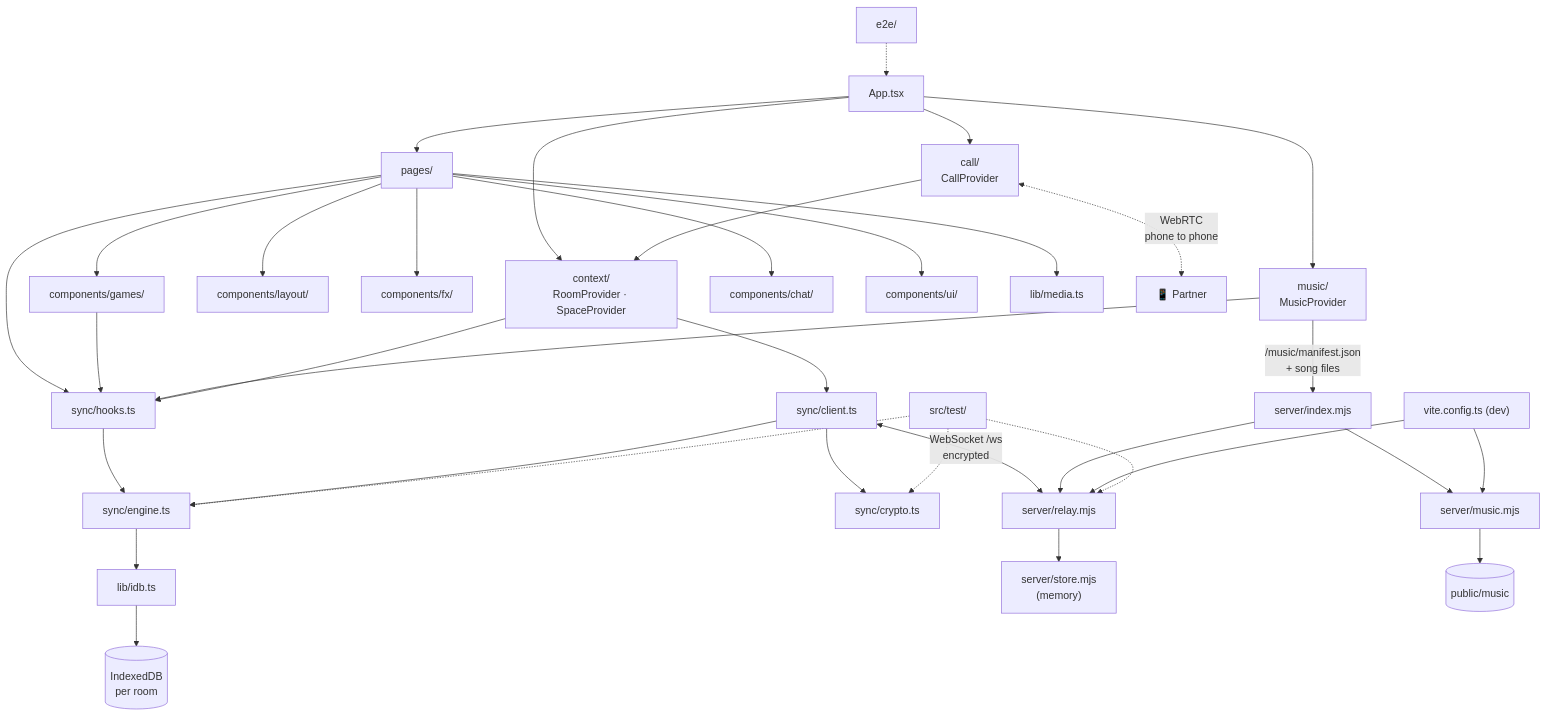
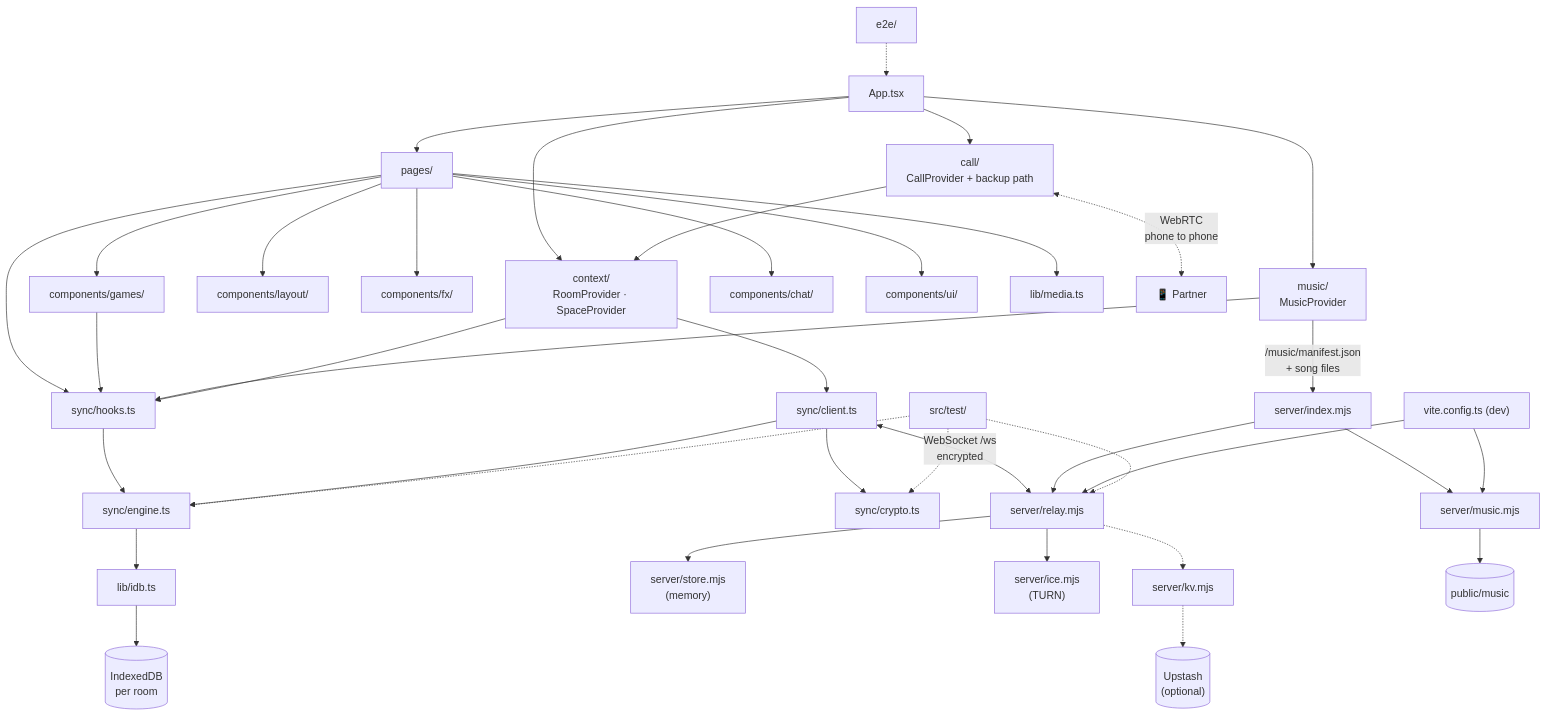
The second of 2 diagrams in front-end/doc/05-directory-map.md (silent-coder-dev/private-space), drawn with Mermaid before and after one commit. The commit also changed other lines of this file and 78 other files, not shown here.

````diff
--- a/front-end/doc/05-directory-map.md
+++ b/front-end/doc/05-directory-map.md
@@ -244,37 +261,39 @@
 ```mermaid
 flowchart TD
     App["App.tsx"] --> Context["context/<br/>RoomProvider · SpaceProvider"]
-    App --> Call["call/<br/>CallProvider"]
+    App --> Call["call/<br/>CallProvider + backup path"]
     App --> Music["music/<br/>MusicProvider"]
     App --> Pages["pages/"]
     Pages --> Layout["components/layout/"]
     Pages --> FX["components/fx/"]
     Pages --> Games["components/games/"]
     Pages --> Cam["components/chat/"]
     Pages --> UI["components/ui/"]
     Pages --> Media["lib/media.ts"]
     Pages --> Hooks["sync/hooks.ts"]
     Games --> Hooks
     Music --> Hooks
     Call --> Context
     Context --> Hooks
     Hooks --> Engine["sync/engine.ts"]
     Context --> Client["sync/client.ts"]
     Client --> Crypto["sync/crypto.ts"]
     Client --> Engine
     Engine --> IDB["lib/idb.ts"]
     IDB --> DB[("IndexedDB<br/>per room")]
     Client <-->|"WebSocket /ws<br/>encrypted"| Relay["server/relay.mjs"]
     Relay --> Store["server/store.mjs<br/>(memory)"]
+    Relay --> Ice["server/ice.mjs<br/>(TURN)"]
+    Relay -.-> Kv["server/kv.mjs"] -.-> Upstash[("Upstash<br/>(optional)")]
     Music -->|"/music/manifest.json<br/>+ song files"| Prod
     Prod["server/index.mjs"] --> Relay
     Prod --> MusicList["server/music.mjs"]
     MusicList --> Songs[("public/music")]
     Vite["vite.config.ts (dev)"] --> Relay
     Vite --> MusicList
     Call <-.->|"WebRTC<br/>phone to phone"| Peer["📱 Partner"]
     Tests["src/test/"] -.-> Crypto
     Tests -.-> Engine
     Tests -.-> Relay
     E2E["e2e/"] -.-> App
 ```
````
